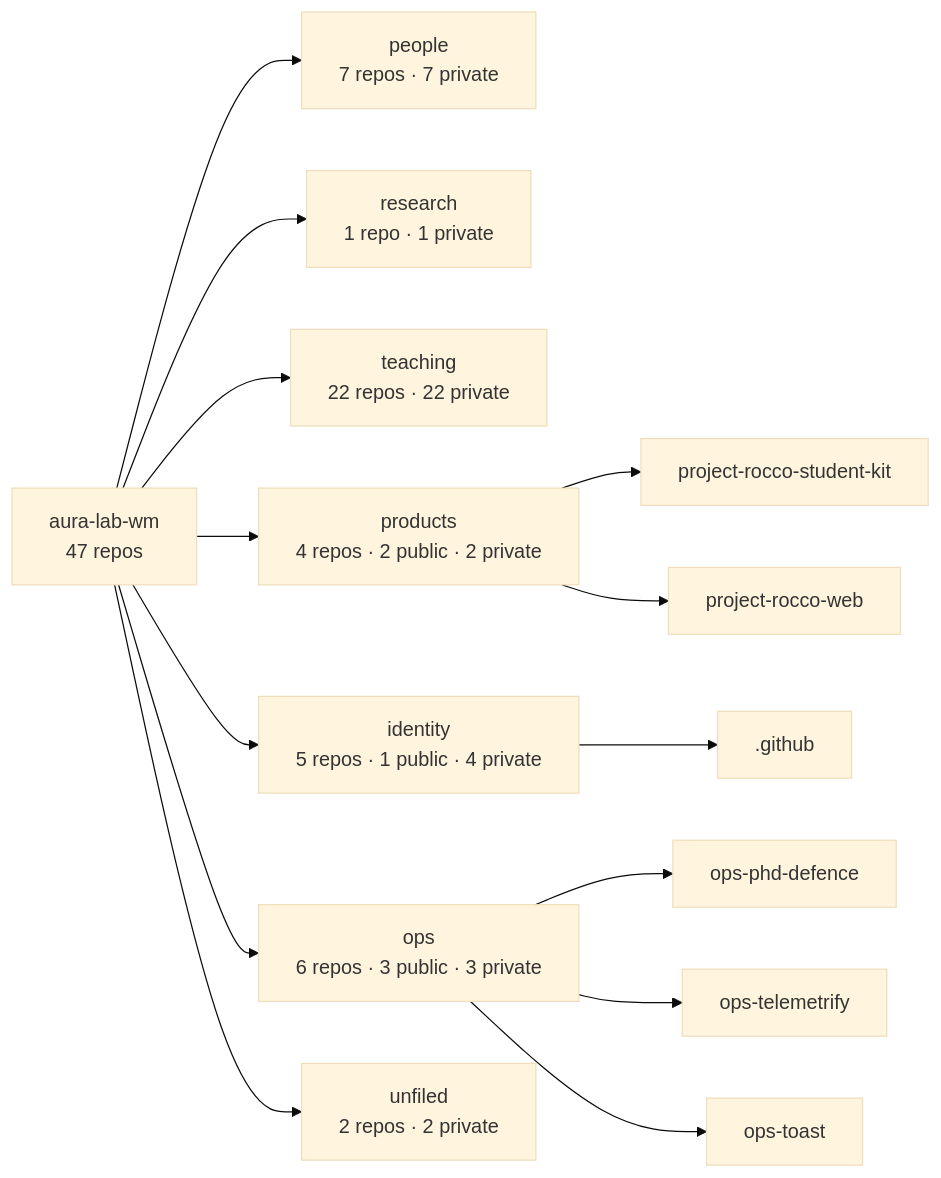
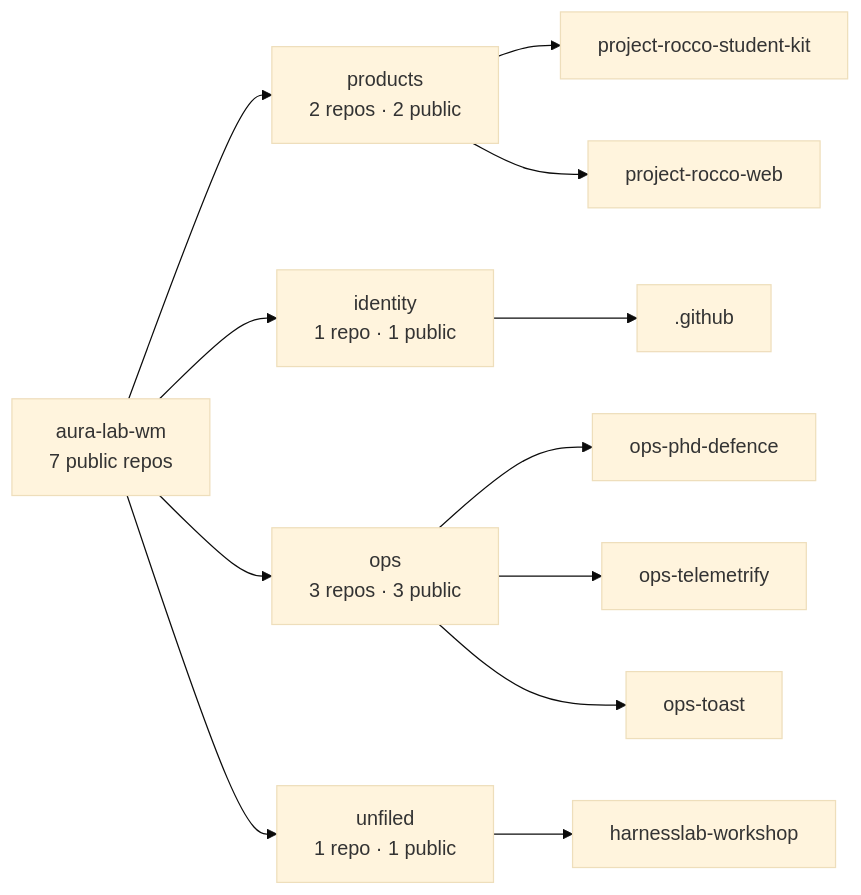
The diagram in profile/README.md (aura-lab-wm/.github), drawn with Mermaid (base theme) before and after one commit. The commit also changed other lines of this file and 4 other files, not shown here.

````diff
--- a/profile/README.md
+++ b/profile/README.md
@@ -92,17 +92,15 @@
 ```mermaid
 flowchart LR
-  ORG["aura-lab-wm<br/>47 repos"]
-  ORG --> PEOPLE["people<br/>7 repos · 7 private"]
-  ORG --> RESEARCH["research<br/>1 repo · 1 private"]
-  ORG --> TEACHING["teaching<br/>22 repos · 22 private"]
-  ORG --> PRODUCTS["products<br/>4 repos · 2 public · 2 private"]
+  ORG["aura-lab-wm<br/>7 public repos"]
+  ORG --> PRODUCTS["products<br/>2 repos · 2 public"]
   PRODUCTS --> PRODUCTS_0["project-rocco-student-kit"]
   PRODUCTS --> PRODUCTS_1["project-rocco-web"]
-  ORG --> IDENTITY["identity<br/>5 repos · 1 public · 4 private"]
+  ORG --> IDENTITY["identity<br/>1 repo · 1 public"]
   IDENTITY --> IDENTITY_0[".github"]
-  ORG --> OPS["ops<br/>6 repos · 3 public · 3 private"]
+  ORG --> OPS["ops<br/>3 repos · 3 public"]
   OPS --> OPS_0["ops-phd-defence"]
   OPS --> OPS_1["ops-telemetrify"]
   OPS --> OPS_2["ops-toast"]
-  ORG --> UNFILED["unfiled<br/>2 repos · 2 private"]
+  ORG --> UNFILED["unfiled<br/>1 repo · 1 public"]
+  UNFILED --> UNFILED_0["harnesslab-workshop"]
 ```
````
